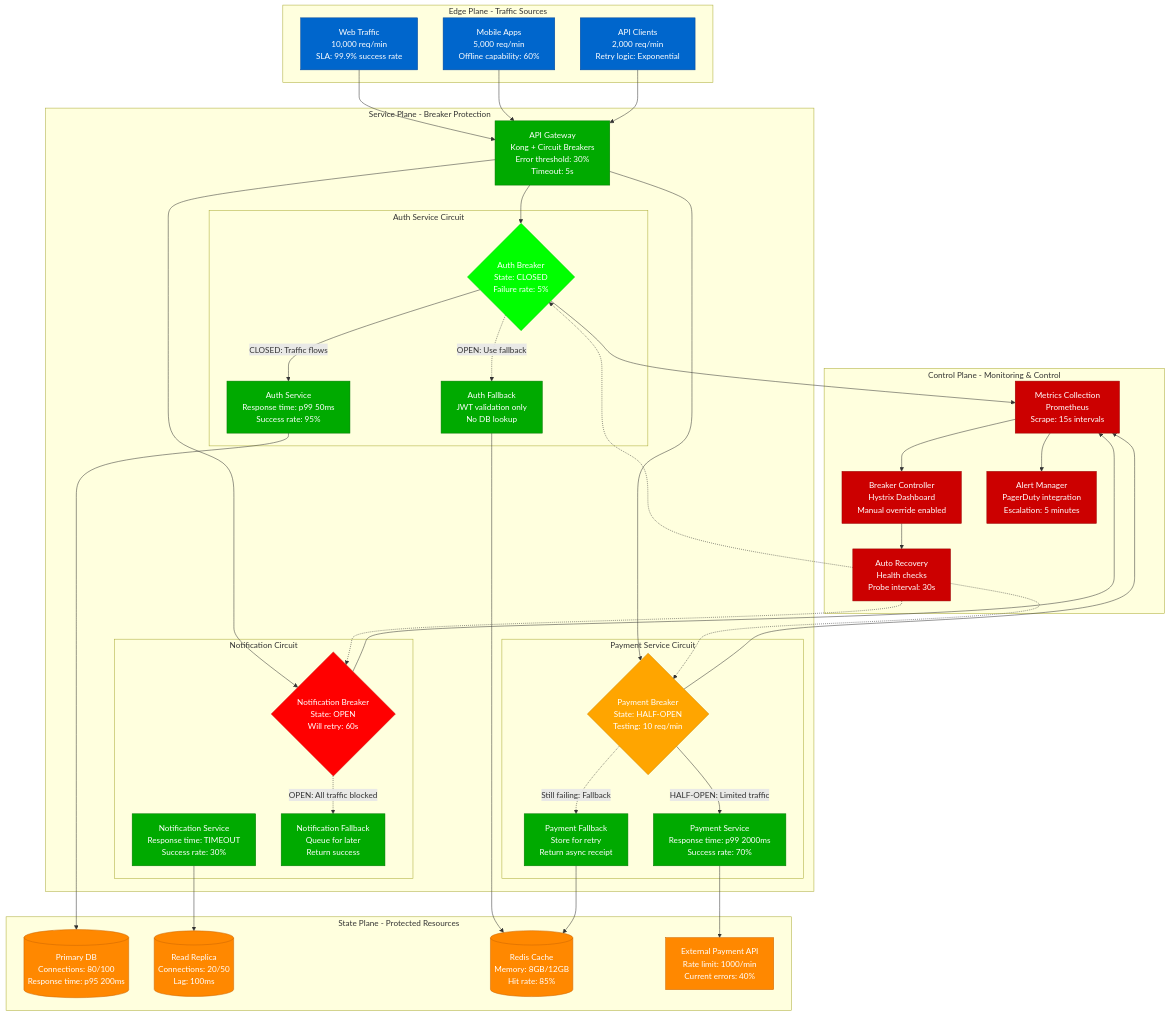
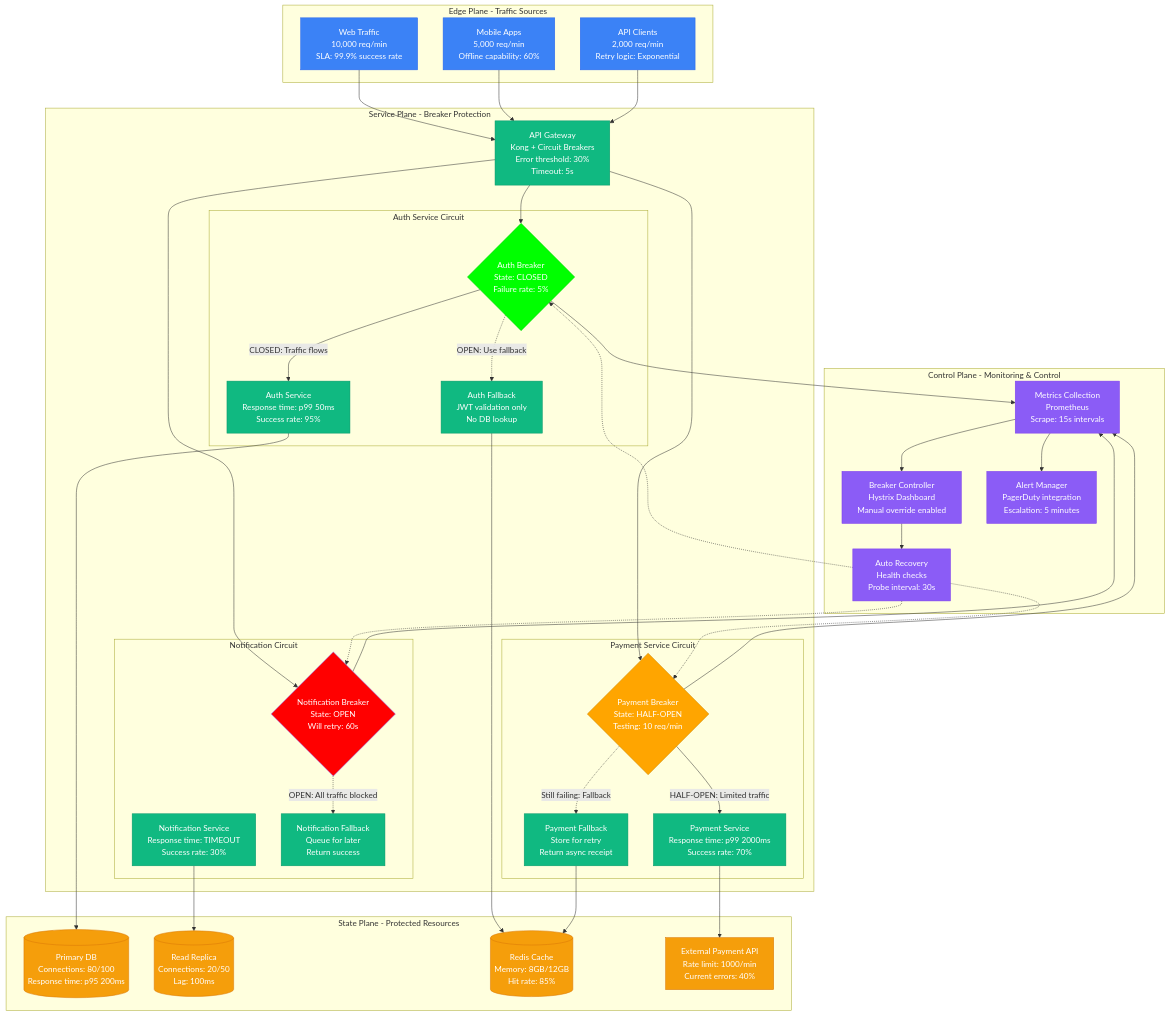
One commit to deepaucksharma/DS changed the diagram in site/docs/incidents/response-patterns/cascading-failures/circuit-breaker-patterns.md. Above: the diagram before and after it, drawn with Mermaid. The commit also changed 303 other files, not shown here.

```diff
--- a/site/docs/incidents/response-patterns/cascading-failures/circuit-breaker-patterns.md
+++ b/site/docs/incidents/response-patterns/cascading-failures/circuit-breaker-patterns.md
@@ -89,11 +89,11 @@
     RECOVERY -.-> NOTIF_CB
 
     %% 4-plane styling
-    classDef edgeStyle fill:#0066CC,stroke:#004499,color:#fff
-    classDef serviceStyle fill:#00AA00,stroke:#007700,color:#fff
-    classDef stateStyle fill:#FF8800,stroke:#CC6600,color:#fff
-    classDef controlStyle fill:#CC0000,stroke:#990000,color:#fff
-    classDef breakerOpen fill:#FF0000,stroke:#CC0000,color:#fff
+    classDef edgeStyle fill:#3B82F6,stroke:#2563EB,color:#fff
+    classDef serviceStyle fill:#10B981,stroke:#059669,color:#fff
+    classDef stateStyle fill:#F59E0B,stroke:#D97706,color:#fff
+    classDef controlStyle fill:#8B5CF6,stroke:#7C3AED,color:#fff
+    classDef breakerOpen fill:#FF0000,stroke:#8B5CF6,color:#fff
     classDef breakerHalf fill:#FFA500,stroke:#CC8800,color:#fff
     classDef breakerClosed fill:#00FF00,stroke:#00CC00,color:#fff
 
```
